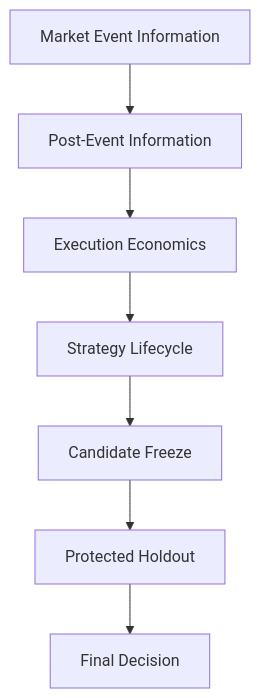
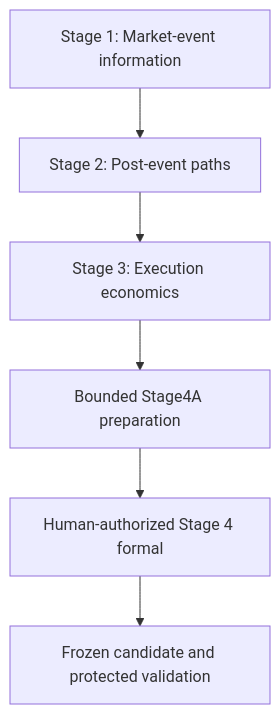
The diagram in RESEARCH_METHODOLOGY.md (terrylu930119/crypto-research-platform), drawn with Mermaid before and after one commit. The commit also changed other lines of this file and 9 other files, not shown here.

````diff
--- a/RESEARCH_METHODOLOGY.md
+++ b/RESEARCH_METHODOLOGY.md
@@ -7,9 +7,8 @@
 ```mermaid
 flowchart TD
-    A[Market Event Information] --> B[Post-Event Information]
-    B --> C[Execution Economics]
-    C --> D[Strategy Lifecycle]
-    D --> E[Candidate Freeze]
-    E --> F[Protected Holdout]
-    F --> G[Final Decision]
+    A[Stage 1: Market-event information] --> B[Stage 2: Post-event paths]
+    B --> C[Stage 3: Execution economics]
+    C --> D[Bounded Stage4A preparation]
+    D --> E[Human-authorized Stage 4 formal]
+    E --> F[Frozen candidate and protected validation]
 ```
````
